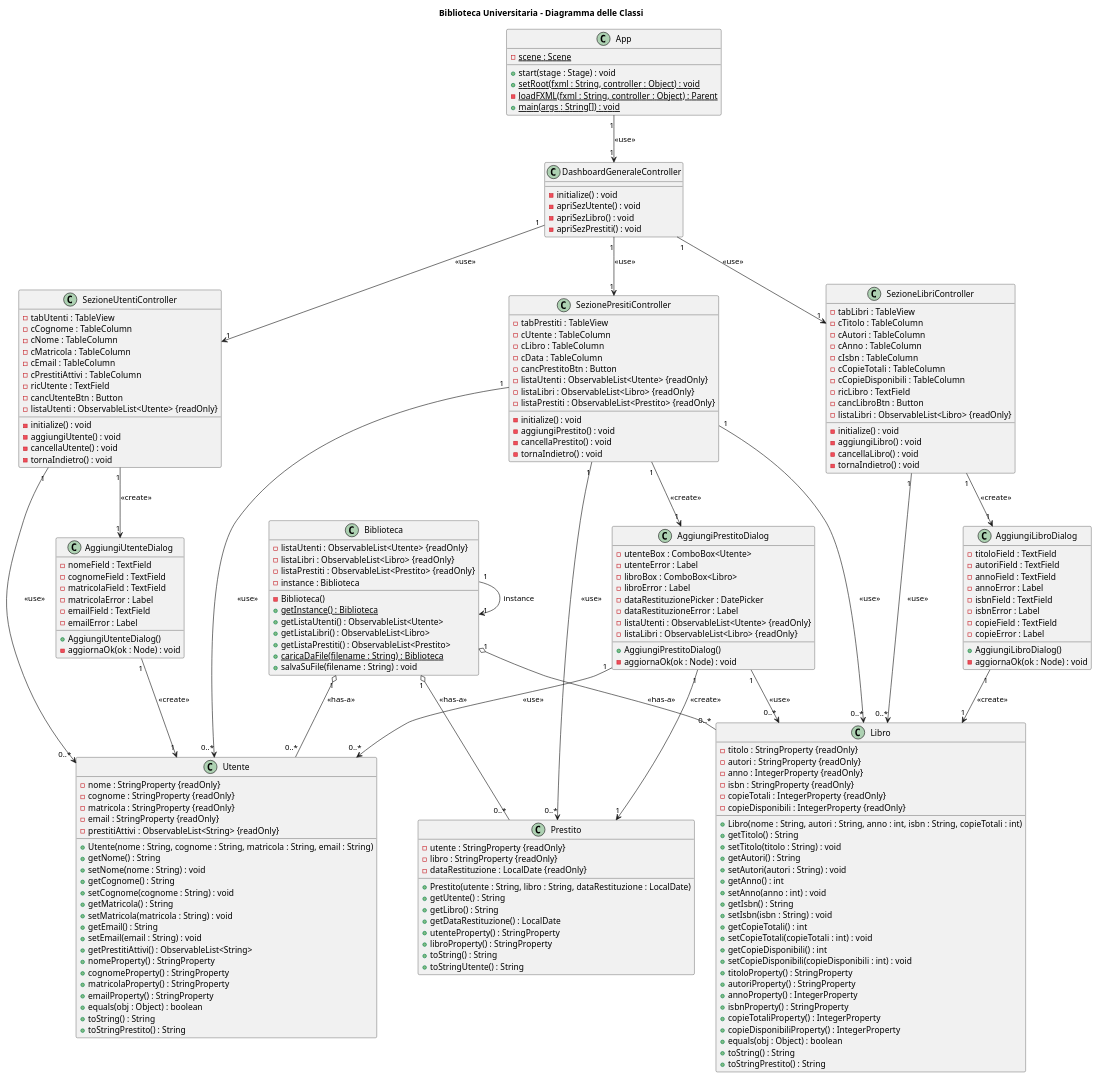
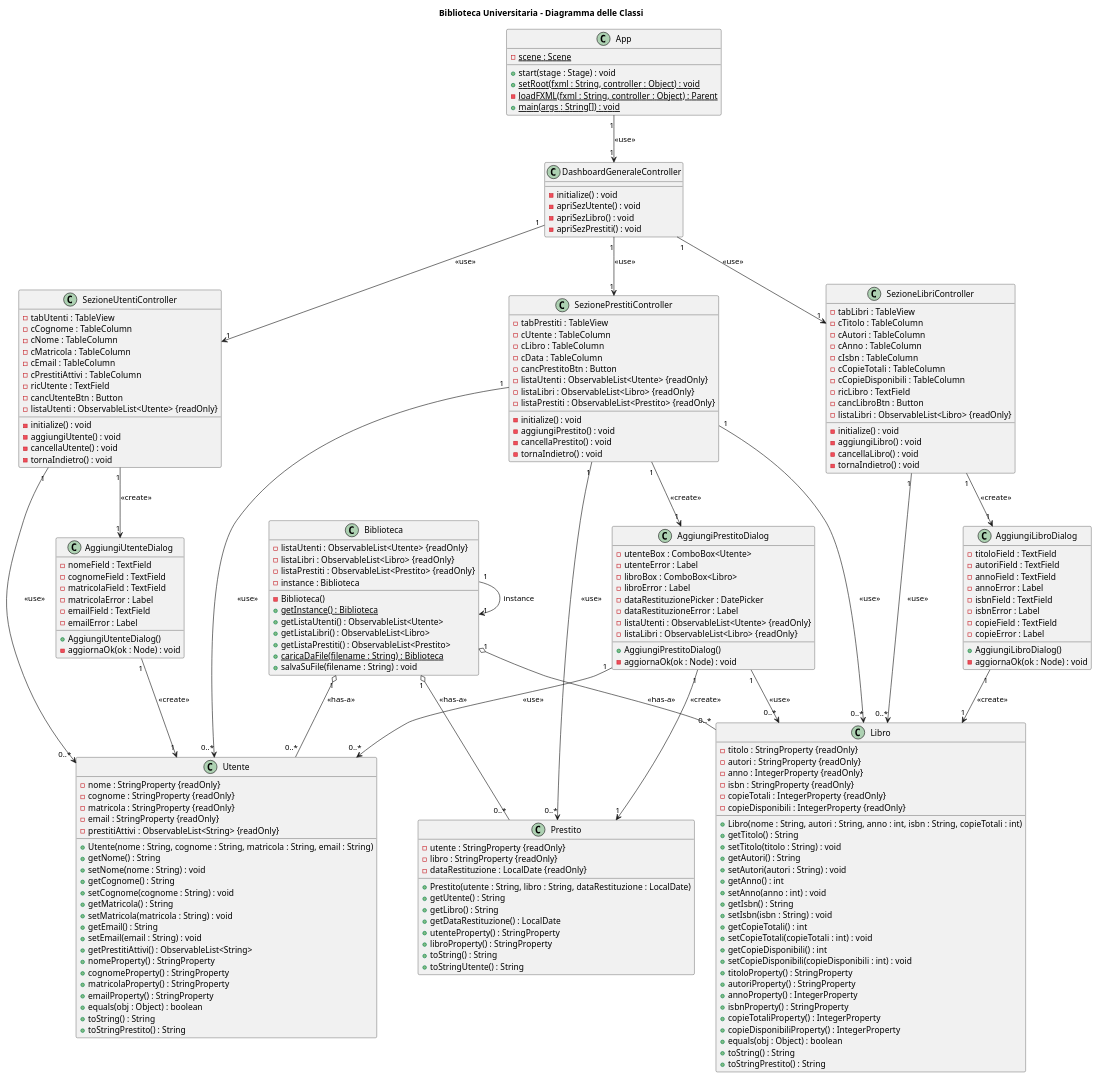
The diagram in Diagrams/Class Diagrams/PlantUML/Diagramma delle Classi.puml (AngeloMastandrea04/SoftEng2025_G19), drawn with PlantUML before and after one commit. The commit also changed 132 other files, not shown here.

```diff
--- a/Diagrams/Class Diagrams/PlantUML/Diagramma delle Classi.puml
+++ b/Diagrams/Class Diagrams/PlantUML/Diagramma delle Classi.puml
@@ -135,7 +135,7 @@
     - tornaIndietro() : void
 }
 
-class SezionePresitiController {
+class SezionePrestitiController {
     - tabPrestiti : TableView
     - cUtente : TableColumn
     - cLibro : TableColumn
@@ -194,7 +194,7 @@
 
 DashboardGeneraleController "1" --> "1" SezioneUtentiController : <<use>>
 DashboardGeneraleController "1" --> "1" SezioneLibriController : <<use>>
-DashboardGeneraleController "1" --> "1" SezionePresitiController : <<use>>
+DashboardGeneraleController "1" --> "1" SezionePrestitiController : <<use>>
 
 
 ' Biblioteca
@@ -210,14 +210,14 @@
 SezioneUtentiController "1" --> "0..*" Utente : <<use>>
 SezioneLibriController "1" --> "0..*" Libro : <<use>>
 
-SezionePresitiController "1" --> "0..*" Prestito : <<use>>
-SezionePresitiController "1" --> "0..*" Utente : <<use>>
-SezionePresitiController "1" --> "0..*" Libro : <<use>>
+SezionePrestitiController "1" --> "0..*" Prestito : <<use>>
+SezionePrestitiController "1" --> "0..*" Utente : <<use>>
+SezionePrestitiController "1" --> "0..*" Libro : <<use>>
 
 ' Relazione tra Controller e Finestre di Dialogo
 SezioneUtentiController "1" --> "1" AggiungiUtenteDialog : <<create>>
 SezioneLibriController "1" --> "1" AggiungiLibroDialog : <<create>>
-SezionePresitiController "1" --> "1" AggiungiPrestitoDialog : <<create>>
+SezionePrestitiController "1" --> "1" AggiungiPrestitoDialog : <<create>>
 
 
 ' Finestre di Dialogo
```
